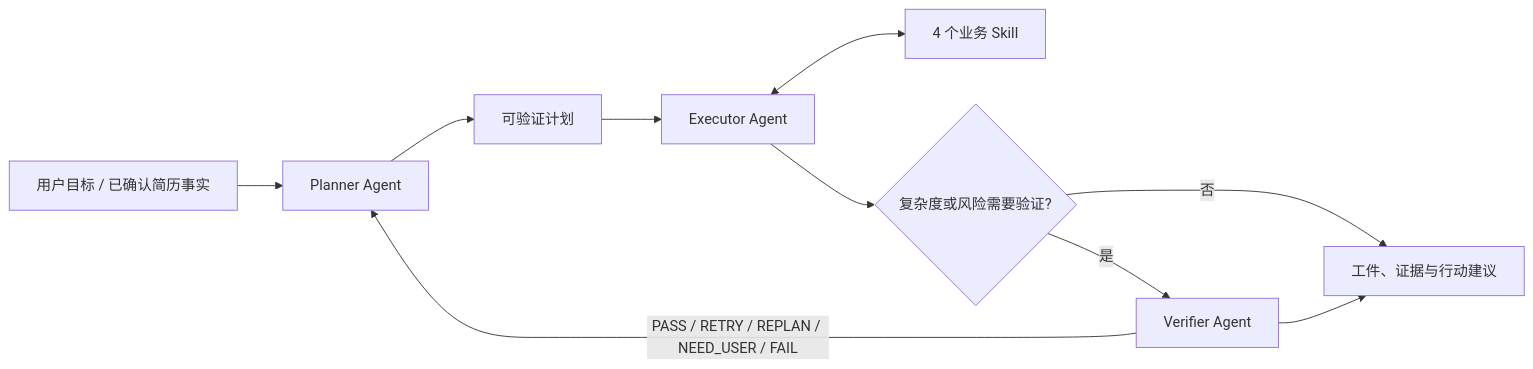
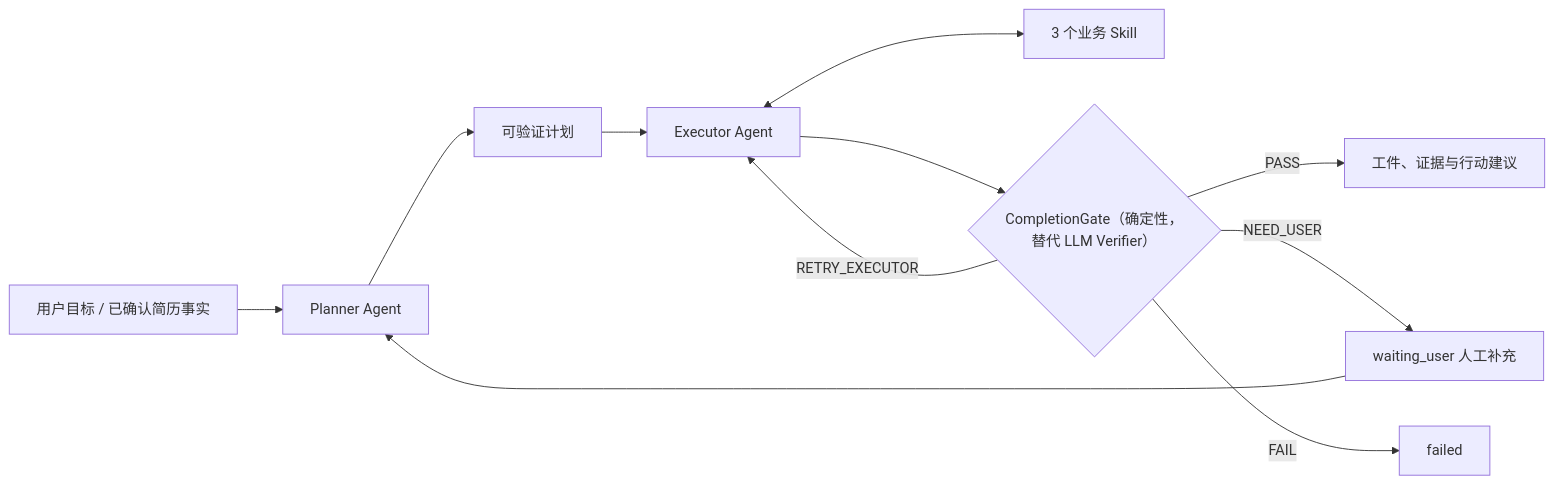
The diagram in README.md (grefeer/pev-career-assistant), drawn with Mermaid before and after one commit. The commit also changed other lines of this file and 2 other files, not shown here.

Commit message:
docs: 对齐 agent=LLM+harness 术语并修正 Verifier/技能数量等过时表述

````diff
--- a/README.md
+++ b/README.md
@@ -7,12 +7,13 @@
 ```mermaid
 flowchart LR
     U["用户目标 / 已确认简历事实"] --> P["Planner Agent"]
     P --> PL["可验证计划"]
     PL --> E["Executor Agent"]
-    E <--> S["4 个业务 Skill"]
-    E --> V{"复杂度或风险需要验证?"}
-    V -->|"是"| Q["Verifier Agent"]
-    Q -->|"PASS / RETRY / REPLAN / NEED_USER / FAIL"| P
-    V -->|"否"| A["工件、证据与行动建议"]
-    Q --> A
+    E <--> S["3 个业务 Skill"]
+    E --> G{"CompletionGate（确定性，替代 LLM Verifier）"}
+    G -->|"PASS"| A["工件、证据与行动建议"]
+    G -->|"RETRY_EXECUTOR"| E
+    G -->|"NEED_USER"| W["waiting_user 人工补充"]
+    G -->|"FAIL"| F["failed"]
+    W --> P
 ```
````
